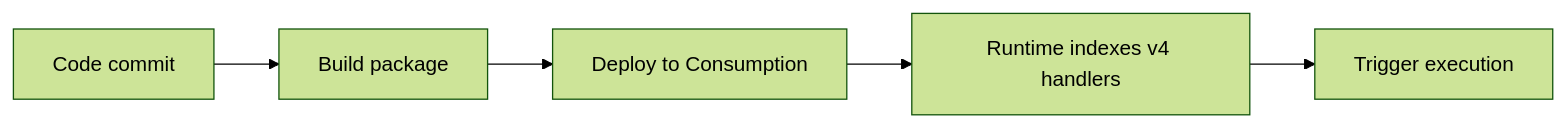
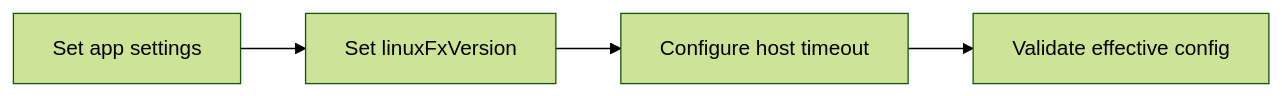
One commit to yeongseon/azure-functions-practical-guide changed the second of 2 diagrams in docs/language-guides/nodejs/tutorial/consumption/03-configuration.md. Above: the diagram before and after it, drawn with Mermaid (forest theme). The commit also changed other lines of this file and 7 other files, not shown here.

Commit message:
docs: validate and fix Node.js Consumption tutorials 01-07 against live deployment

````diff
--- a/docs/language-guides/nodejs/tutorial/consumption/03-configuration.md
+++ b/docs/language-guides/nodejs/tutorial/consumption/03-configuration.md
@@ -22,7 +49,6 @@
 ```mermaid
 flowchart LR
-    A[Code commit] --> B[Build package]
-    B --> C[Deploy to Consumption]
-    C --> D[Runtime indexes v4 handlers]
-    D --> E[Trigger execution]
+    A[Set app settings] --> B[Set linuxFxVersion]
+    B --> C[Configure host timeout]
+    C --> D[Validate effective config]
 ```
````
